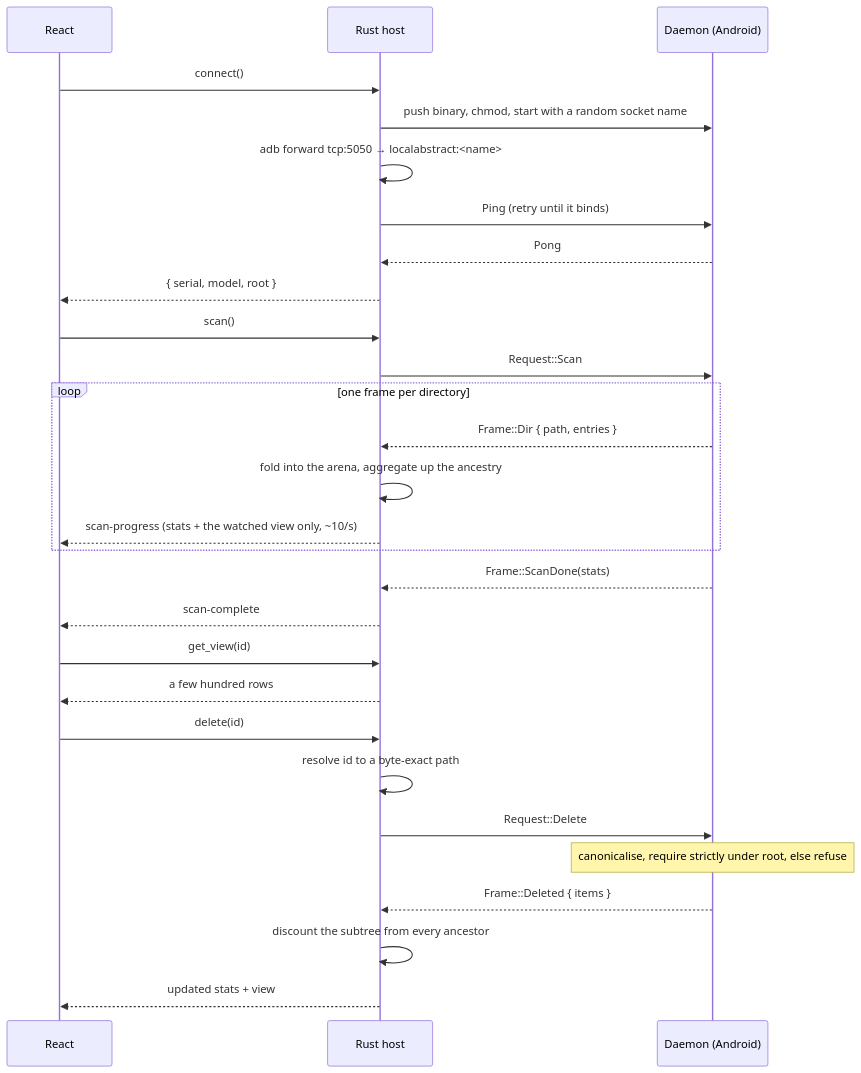
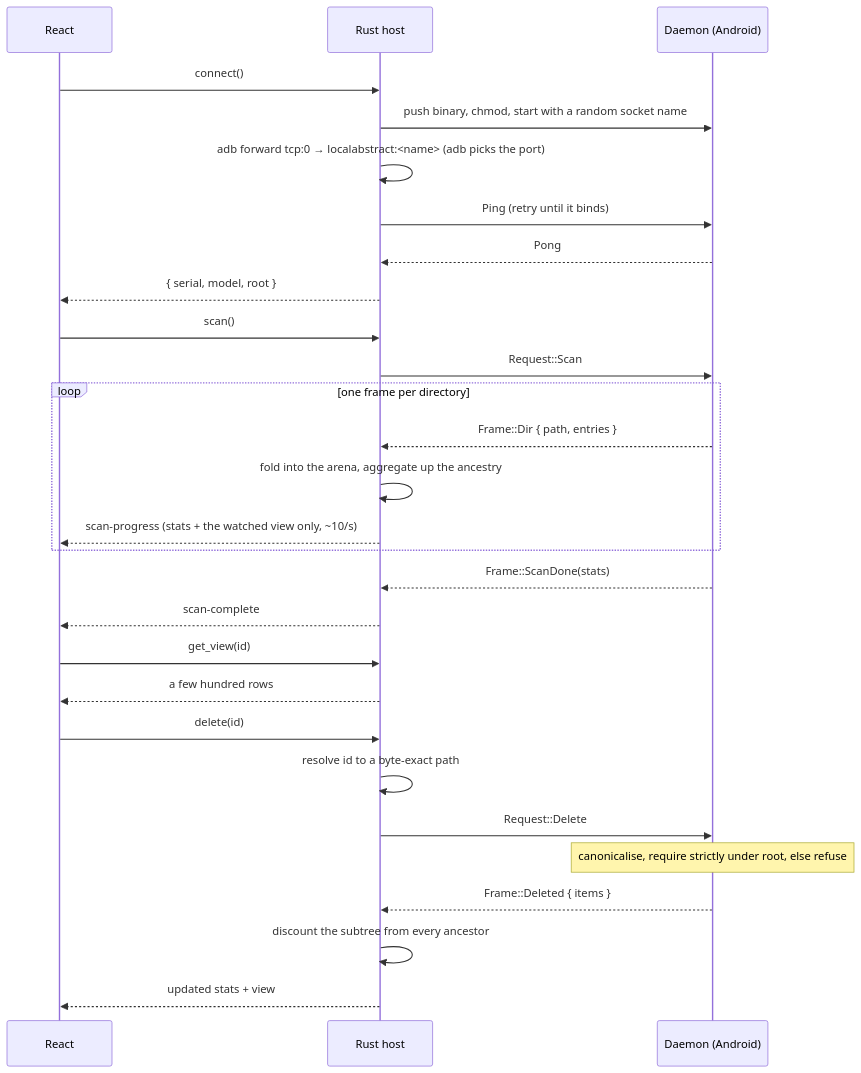
One commit to ksaishanmukh/SocketSweep changed the second of 2 diagrams in README.md. Above: the diagram before and after it, drawn with Mermaid. The commit also changed other lines of this file and 1 other file, not shown here.

Commit message:
docs: describe the token handshake, free-port tunnel and phone support

````diff
--- a/README.md
+++ b/README.md
@@ -181,38 +185,38 @@
 ```mermaid
 sequenceDiagram
     participant U as React
     participant R as Rust host
     participant D as Daemon (Android)
 
     %% Connect
     U->>R: connect()
     R->>D: push binary, chmod, start with a random socket name
-    R->>R: adb forward tcp:5050 → localabstract:<name>
+    R->>R: adb forward tcp:0 → localabstract:<name> (adb picks the port)
     R->>D: Ping (retry until it binds)
     D-->>R: Pong
     R-->>U: { serial, model, root }
 
     %% Scan — streaming, not one big response
     U->>R: scan()
     R->>D: Request::Scan
     loop one frame per directory
         D-->>R: Frame::Dir { path, entries }
         R->>R: fold into the arena, aggregate up the ancestry
         R-->>U: scan-progress (stats + the watched view only, ~10/s)
     end
     D-->>R: Frame::ScanDone(stats)
     R-->>U: scan-complete
 
     %% Navigate — pull, small
     U->>R: get_view(id)
     R-->>U: a few hundred rows
 
     %% Delete — by id; the daemon is the authority
     U->>R: delete(id)
     R->>R: resolve id to a byte-exact path
     R->>D: Request::Delete
     Note over D: canonicalise, require strictly under root, else refuse
     D-->>R: Frame::Deleted { items }
     R->>R: discount the subtree from every ancestor
     R-->>U: updated stats + view
 ```
````
